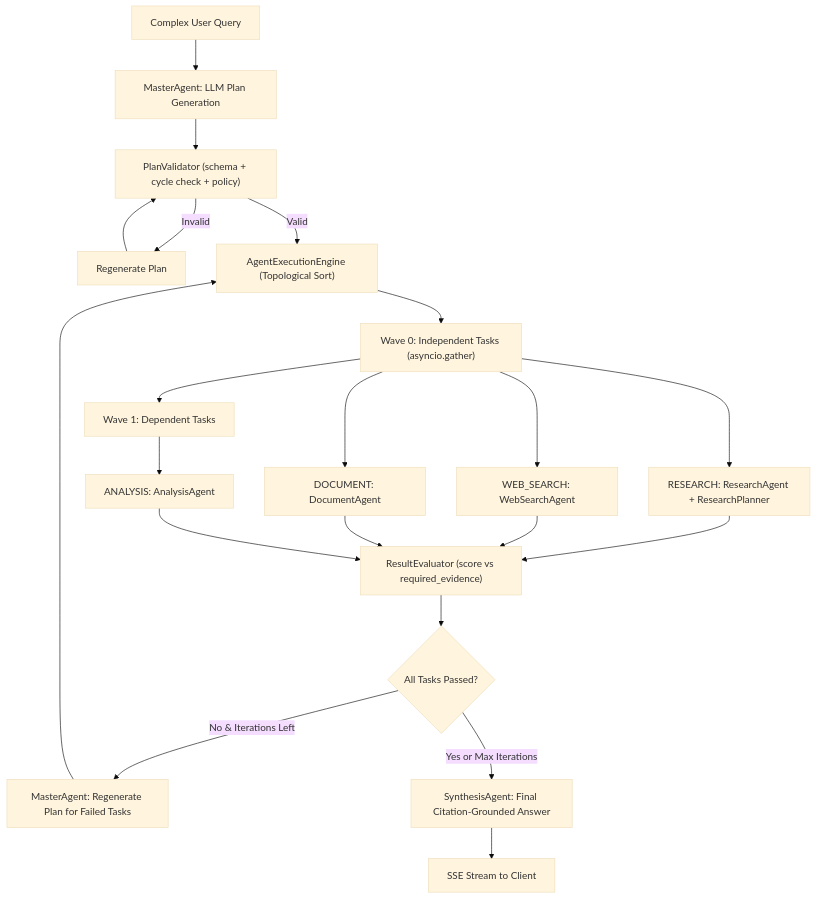
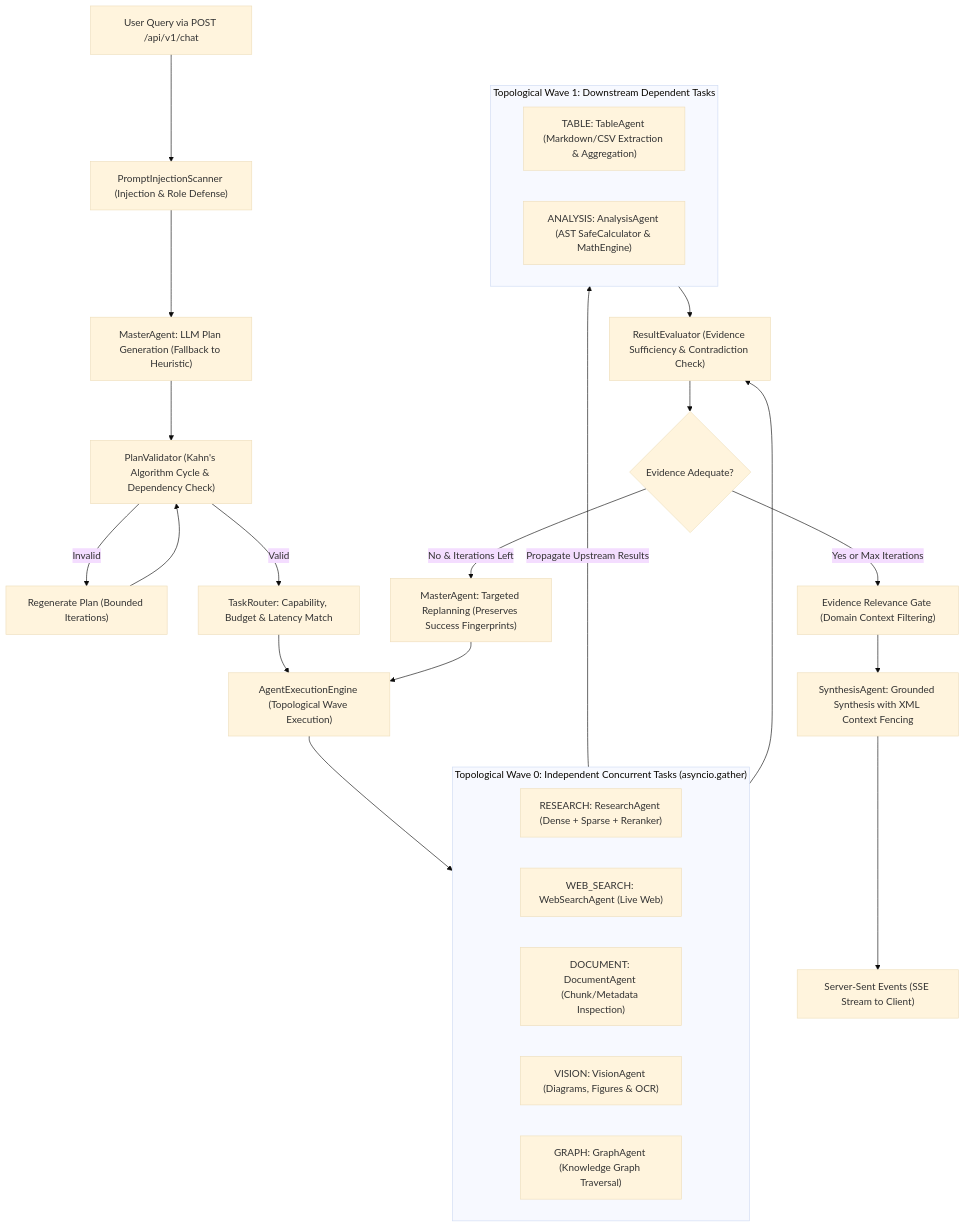
Before and after one commit to Satya-Naraharisetty/FusionRAG: the sixth of 7 diagrams in ARCHITECTURE.md, drawn with Mermaid (base theme). The commit also changed other lines of this file and 3 other files, not shown here.

Commit message:
docs: add backend documentation, expand architectural details, and update project indexes

````diff
--- a/ARCHITECTURE.md
+++ b/ARCHITECTURE.md
@@ -220,27 +196,35 @@
 ```mermaid
 flowchart TD
-    UserQuery["Complex User Query"] --> Master["MasterAgent: LLM Plan Generation"]
-    Master --> Validator["PlanValidator (schema + cycle check + policy)"]
-    Validator -->|Invalid| Regenerate["Regenerate Plan"]
+    UserQuery["User Query via POST /api/v1/chat"] --> Scan["PromptInjectionScanner (Injection & Role Defense)"]
+    Scan --> Master["MasterAgent: LLM Plan Generation (Fallback to Heuristic)"]
+    Master --> Validator["PlanValidator (Kahn's Algorithm Cycle & Dependency Check)"]
+    Validator -->|Invalid| Regenerate["Regenerate Plan (Bounded Iterations)"]
     Regenerate --> Validator
-    Validator -->|Valid| Engine["AgentExecutionEngine (Topological Sort)"]
+    Validator -->|Valid| Router["TaskRouter: Capability, Budget & Latency Match"]
+    Router --> Engine["AgentExecutionEngine (Topological Wave Execution)"]
 
-    Engine --> Wave0["Wave 0: Independent Tasks (asyncio.gather)"]
-    Wave0 --> Research["RESEARCH: ResearchAgent + ResearchPlanner"]
-    Wave0 --> WebS["WEB_SEARCH: WebSearchAgent"]
-    Wave0 --> DocA["DOCUMENT: DocumentAgent"]
+    subgraph Wave0 ["Topological Wave 0: Independent Concurrent Tasks (asyncio.gather)"]
+        Research["RESEARCH: ResearchAgent (Dense + Sparse + Reranker)"]
+        WebS["WEB_SEARCH: WebSearchAgent (Live Web)"]
+        DocA["DOCUMENT: DocumentAgent (Chunk/Metadata Inspection)"]
+        VisA["VISION: VisionAgent (Diagrams, Figures & OCR)"]
+        GraphA["GRAPH: GraphAgent (Knowledge Graph Traversal)"]
+    end
 
-    Wave0 --> Wave1["Wave 1: Dependent Tasks"]
-    Wave1 --> Analysis["ANALYSIS: AnalysisAgent"]
+    subgraph Wave1 ["Topological Wave 1: Downstream Dependent Tasks"]
+        TableA["TABLE: TableAgent (Markdown/CSV Extraction & Aggregation)"]
+        Analysis["ANALYSIS: AnalysisAgent (AST SafeCalculator & MathEngine)"]
+    end
 
-    Research --> Evaluator
-    WebS --> Evaluator
-    DocA --> Evaluator
-    Analysis --> Evaluator["ResultEvaluator (score vs required_evidence)"]
+    Engine --> Wave0
+    Wave0 -->|Propagate Upstream Results| Wave1
 
-    Evaluator --> Adequate{All Tasks Passed?}
-    Adequate -->|No & Iterations Left| Replan["MasterAgent: Regenerate Plan for Failed Tasks"]
+    Wave0 & Wave1 --> Evaluator["ResultEvaluator (Evidence Sufficiency & Contradiction Check)"]
+
+    Evaluator --> Adequate{Evidence Adequate?}
+    Adequate -->|No & Iterations Left| Replan["MasterAgent: Targeted Replanning (Preserves Success Fingerprints)"]
     Replan --> Engine
-    Adequate -->|Yes or Max Iterations| Synthesis["SynthesisAgent: Final Citation-Grounded Answer"]
-    Synthesis --> SSE["SSE Stream to Client"]
+    Adequate -->|Yes or Max Iterations| Gate["Evidence Relevance Gate (Domain Context Filtering)"]
+    Gate --> Synthesis["SynthesisAgent: Grounded Synthesis with XML Context Fencing"]
+    Synthesis --> SSE["Server-Sent Events (SSE Stream to Client)"]
 ```
````
